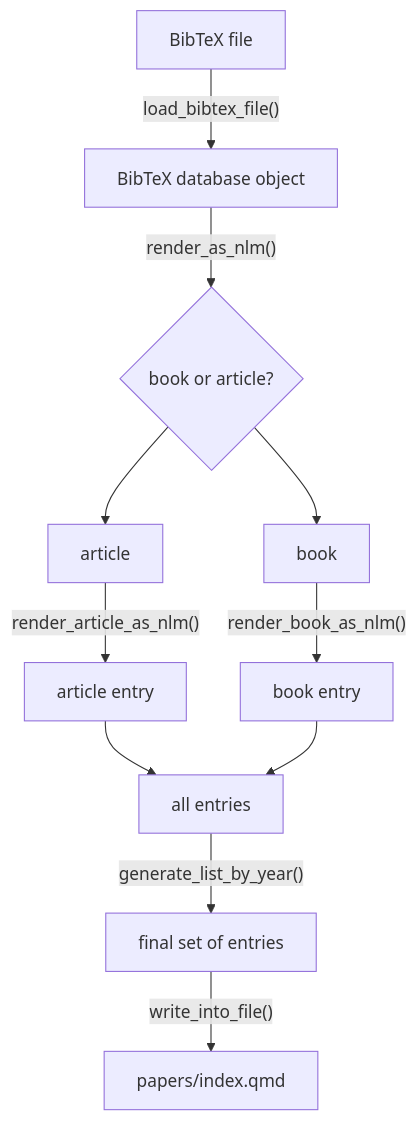
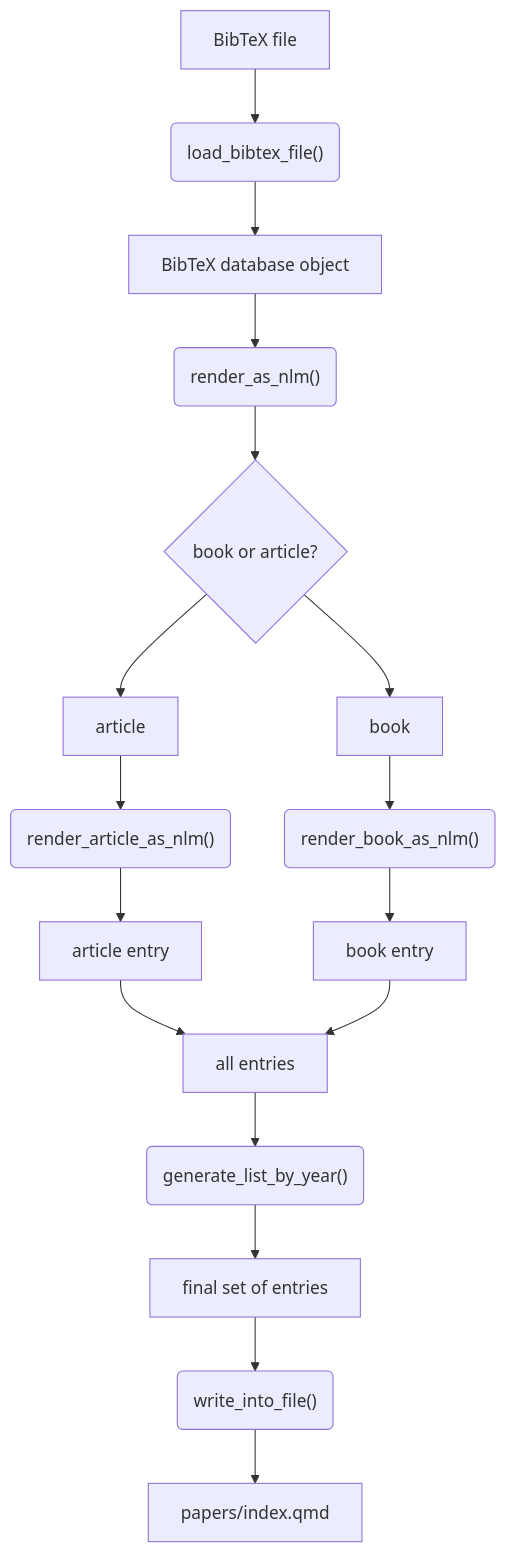
One commit to chrisvoncsefalvay/chrisvoncsefalvay.github.io changed the second of 3 diagrams in posts/quarto-project-scripts/index.qmd. Above: the diagram before and after it, drawn with Mermaid. The commit also changed other lines of this file, not shown here.

````diff
--- a/posts/quarto-project-scripts/index.qmd
+++ b/posts/quarto-project-scripts/index.qmd
@@ -49,16 +49,22 @@
 ```{mermaid}
 %%| label: fig-bibliography
 %%| fig-cap: My super clumsy pre-render script to build my bibliography.
 %%| fig-align: center
 flowchart TD
-    A[BibTeX file] -->|"`load_bibtex_file()`"| B[BibTeX database object]
-    B --> |"`render_as_nlm()`"| C{book or article?}
+    A[BibTeX file] --> a("load_bibtex_file()") 
+    a --> B[BibTeX database object]
+    B --> b("render_as_nlm()") 
+    b --> C{book or article?}
     C --> D[article]
     C --> E[book]
-    D --> |"`render_article_as_nlm()`"| F[article entry]
-    E --> |"`render_book_as_nlm()`"| G[book entry]
+    D --> d("render_article_as_nlm()") 
+    d --> F[article entry]
+    E --> e("render_book_as_nlm()") 
+    e --> G[book entry]
     F --> H[all entries]
     G --> H
-    H --> |"`generate_list_by_year()`"| J[final set of entries]
-    J --> |"`write_into_file()`"| K["`papers/index.qmd`"]
+    H --> h("generate_list_by_year()") 
+    h --> J[final set of entries]
+    J --> j("write_into_file()") 
+    j --> K["papers/index.qmd"]
 ```
````
